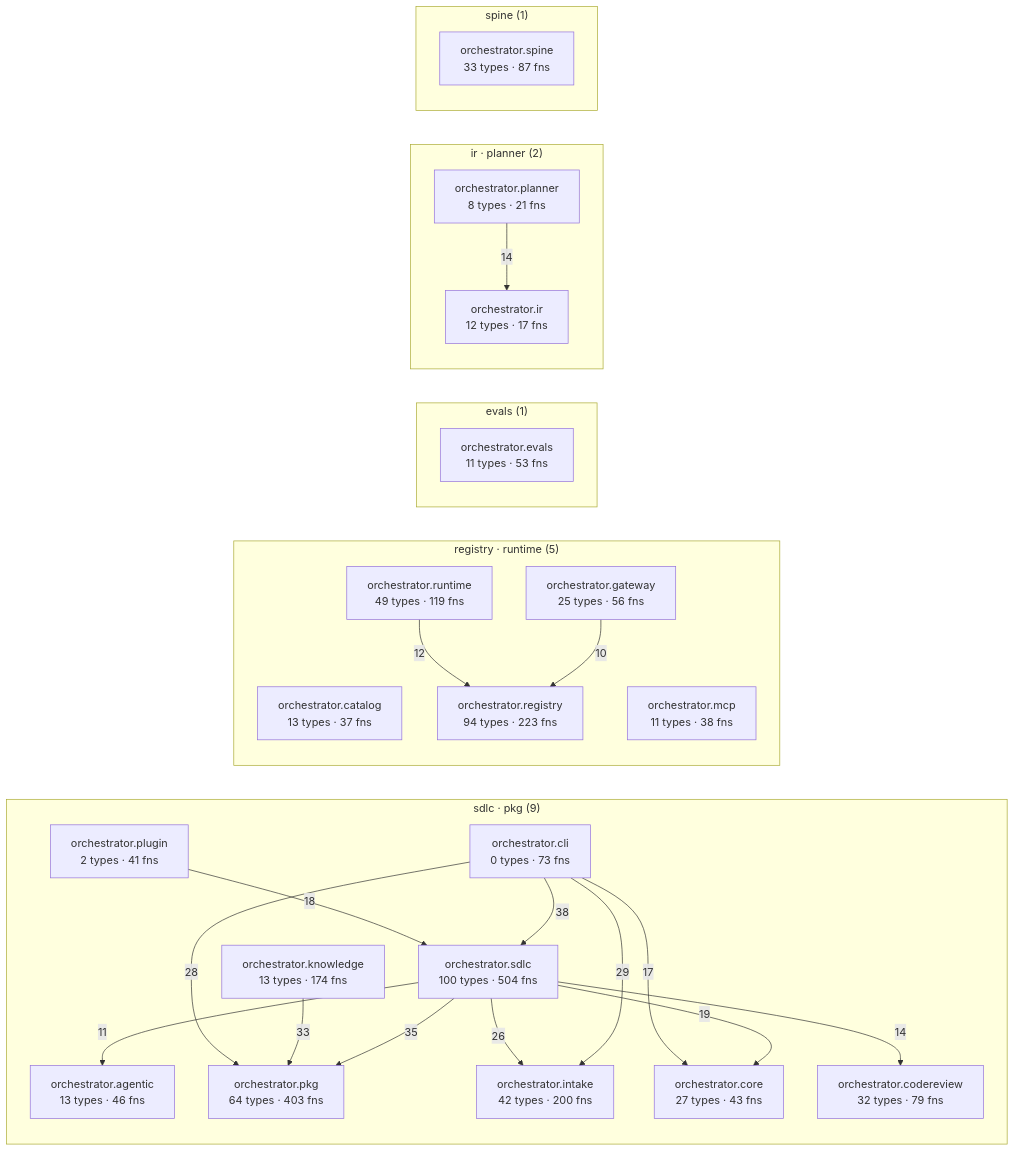
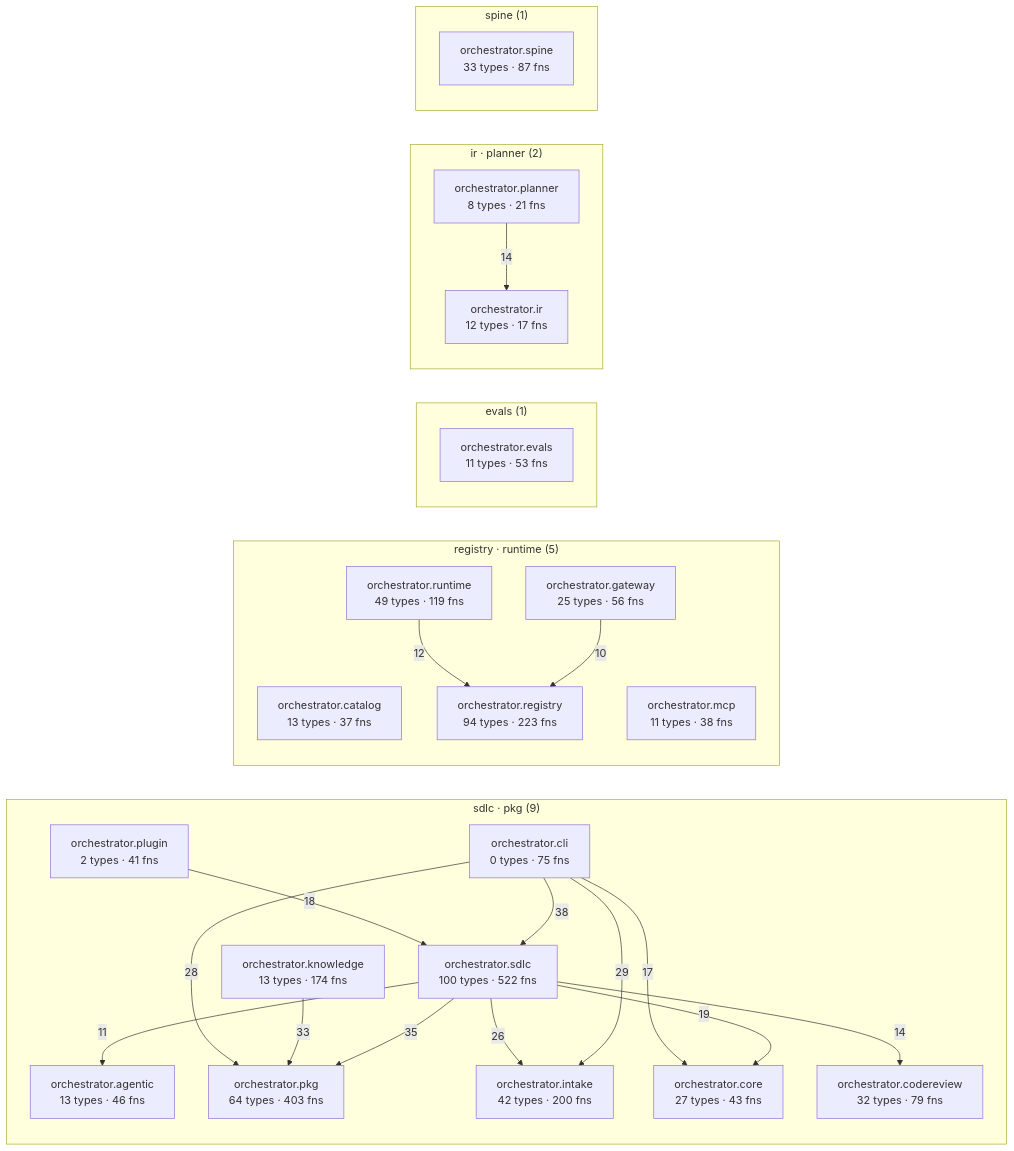
One commit to synaptixs/spine changed the diagram in episteme/architecture.md. Above: the diagram before and after it, drawn with Mermaid. The commit also changed other lines of this file and 32 other files, not shown here.

````diff
--- a/episteme/architecture.md
+++ b/episteme/architecture.md
@@ -54,45 +54,45 @@
 ```mermaid
 flowchart LR
   subgraph c_1["sdlc · pkg (9)"]
     aorchestratoragentic["orchestrator.agentic<br/>13 types · 46 fns"]
-    aorchestratorcli["orchestrator.cli<br/>0 types · 73 fns"]
+    aorchestratorcli["orchestrator.cli<br/>0 types · 75 fns"]
     aorchestratorcodereview["orchestrator.codereview<br/>32 types · 79 fns"]
     aorchestratorcore["orchestrator.core<br/>27 types · 43 fns"]
     aorchestratorintake["orchestrator.intake<br/>42 types · 200 fns"]
     aorchestratorknowledge["orchestrator.knowledge<br/>13 types · 174 fns"]
     aorchestratorpkg["orchestrator.pkg<br/>64 types · 403 fns"]
     aorchestratorplugin["orchestrator.plugin<br/>2 types · 41 fns"]
-    aorchestratorsdlc["orchestrator.sdlc<br/>100 types · 504 fns"]
+    aorchestratorsdlc["orchestrator.sdlc<br/>100 types · 522 fns"]
   end
   subgraph c_3["registry · runtime (5)"]
     aorchestratorcatalog["orchestrator.catalog<br/>13 types · 37 fns"]
     aorchestratorgateway["orchestrator.gateway<br/>25 types · 56 fns"]
     aorchestratormcp["orchestrator.mcp<br/>11 types · 38 fns"]
     aorchestratorregistry["orchestrator.registry<br/>94 types · 223 fns"]
     aorchestratorruntime["orchestrator.runtime<br/>49 types · 119 fns"]
   end
   subgraph c_5["evals (1)"]
     aorchestratorevals["orchestrator.evals<br/>11 types · 53 fns"]
   end
   subgraph c_7["ir · planner (2)"]
     aorchestratorir["orchestrator.ir<br/>12 types · 17 fns"]
     aorchestratorplanner["orchestrator.planner<br/>8 types · 21 fns"]
   end
   subgraph c_10["spine (1)"]
     aorchestratorspine["orchestrator.spine<br/>33 types · 87 fns"]
   end
   aorchestratorcli -->|38| aorchestratorsdlc
   aorchestratorsdlc -->|35| aorchestratorpkg
   aorchestratorknowledge -->|33| aorchestratorpkg
   aorchestratorcli -->|29| aorchestratorintake
   aorchestratorcli -->|28| aorchestratorpkg
   aorchestratorsdlc -->|26| aorchestratorintake
   aorchestratorsdlc -->|19| aorchestratorcore
   aorchestratorplugin -->|18| aorchestratorsdlc
   aorchestratorcli -->|17| aorchestratorcore
   aorchestratorplanner -->|14| aorchestratorir
   aorchestratorsdlc -->|14| aorchestratorcodereview
   aorchestratorruntime -->|12| aorchestratorregistry
   aorchestratorsdlc -->|11| aorchestratoragentic
   aorchestratorgateway -->|10| aorchestratorregistry
 ```
````
